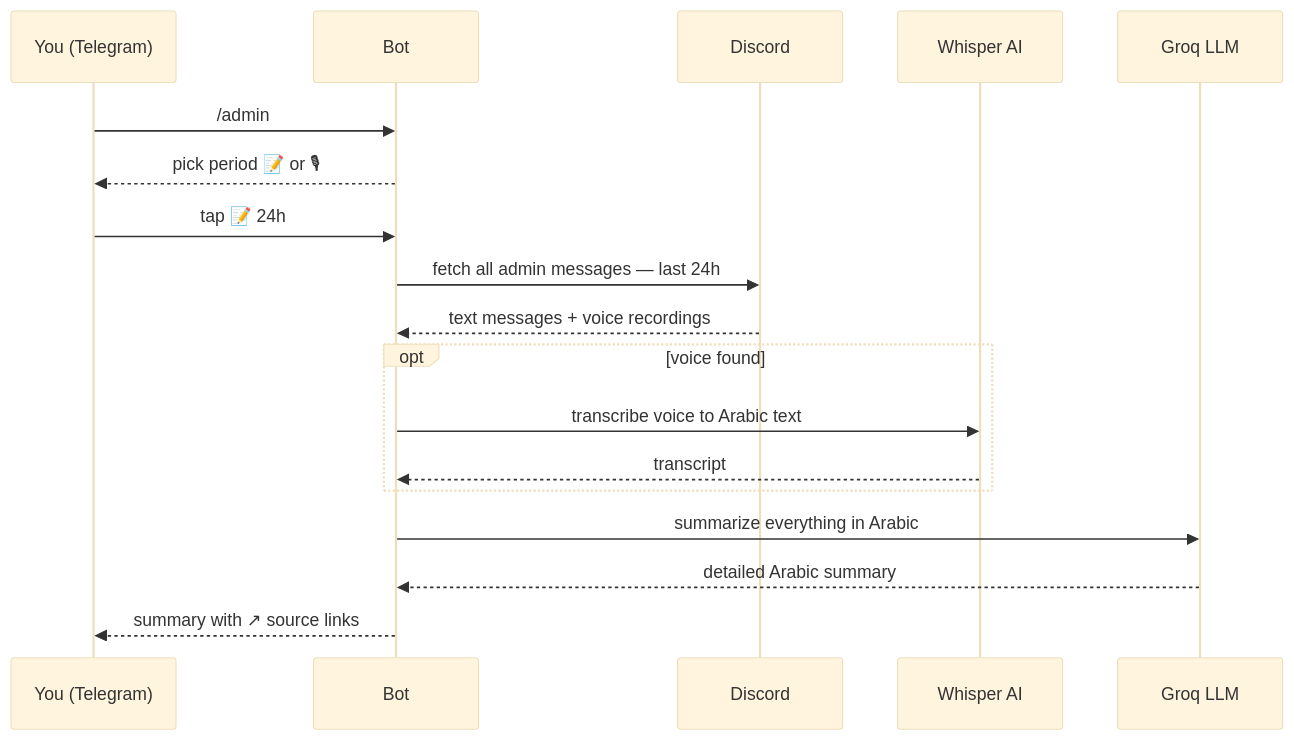
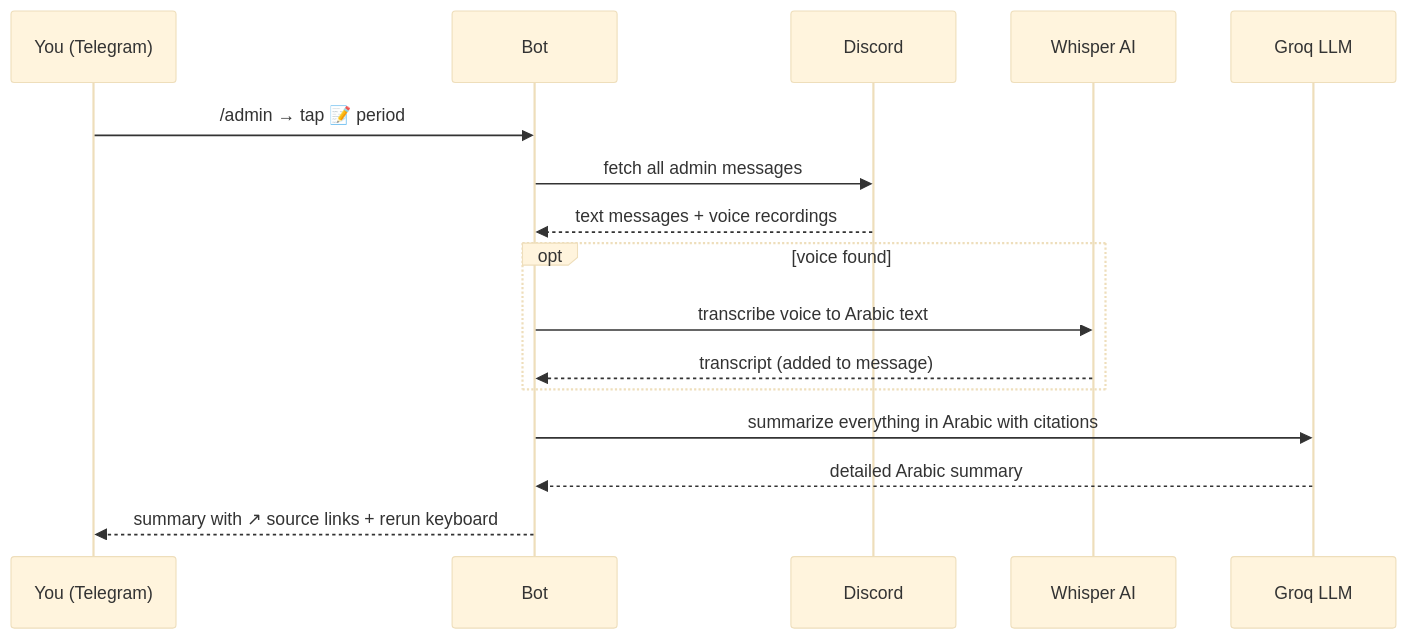
Before and after one commit to rai4it/discord-telegram-bot-trigger: the first of 5 diagrams in README.md, drawn with Mermaid (base theme). The commit also changed other lines of this file, not shown here.

Commit message:
docs: split /admin diagram into text summary and voice recordings flows

````diff
--- a/README.md
+++ b/README.md
@@ -71,21 +71,19 @@
 ```mermaid
 sequenceDiagram
     participant U as You (Telegram)
     participant B as Bot
     participant D as Discord
     participant W as Whisper AI
     participant G as Groq LLM
 
-    U->>B: /admin
-    B-->>U: pick period 📝 or 🎙
-    U->>B: tap 📝 24h
-    B->>D: fetch all admin messages — last 24h
+    U->>B: /admin → tap 📝 period
+    B->>D: fetch all admin messages
     D-->>B: text messages + voice recordings
     opt voice found
         B->>W: transcribe voice to Arabic text
-        W-->>B: transcript
+        W-->>B: transcript (added to message)
     end
-    B->>G: summarize everything in Arabic
+    B->>G: summarize everything in Arabic with citations
     G-->>B: detailed Arabic summary
-    B-->>U: summary with ↗ source links
+    B-->>U: summary with ↗ source links + rerun keyboard
 ```
````
